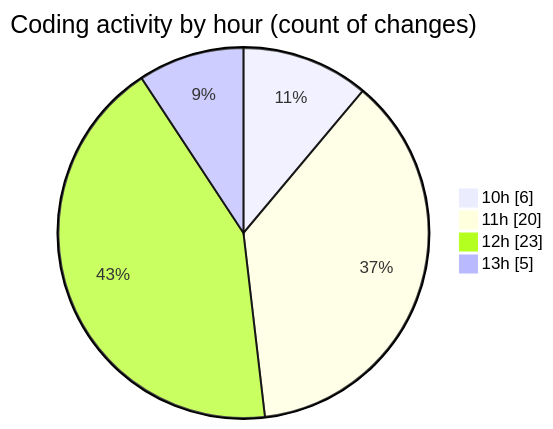
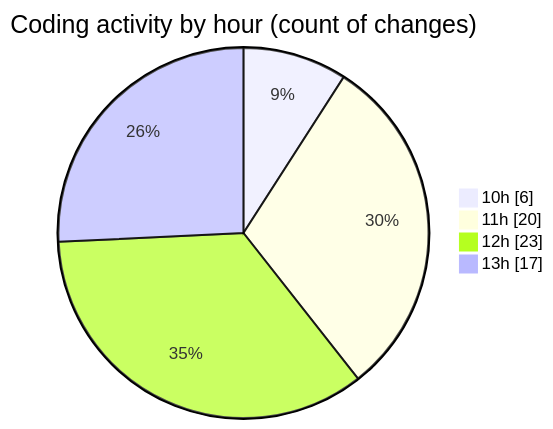
One commit to nxtqubesakshisongat/code-tracking changed the second of 2 diagrams in 2025-05-05/nxtqube_webapp/README.md. Above: the diagram before and after it, drawn with Mermaid. The commit also changed other lines of this file and 1 other file, not shown here.

````diff
--- a/2025-05-05/nxtqube_webapp/README.md
+++ b/2025-05-05/nxtqube_webapp/README.md
@@ -28,8 +28,8 @@
 ```mermaid
 pie showData
 title Coding activity by hour (count of changes)
 "10h" : 6
 "11h" : 20
 "12h" : 23
-"13h" : 5
+"13h" : 17
 ```
````
